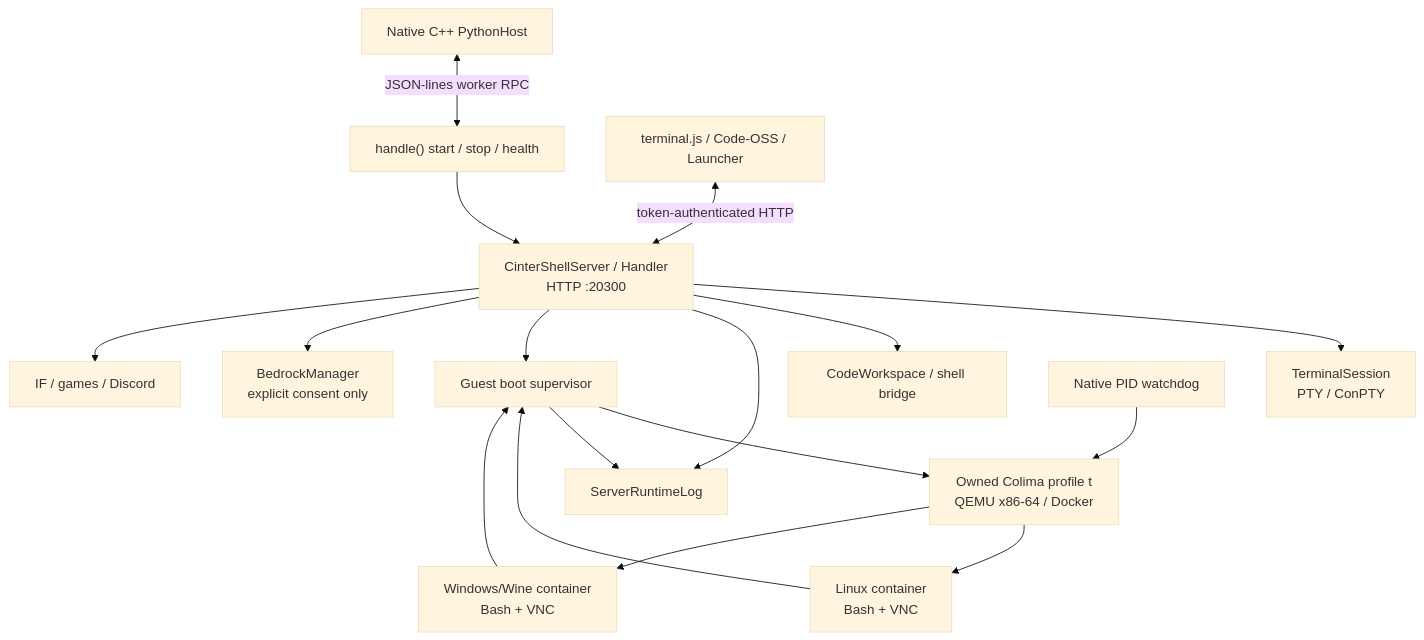
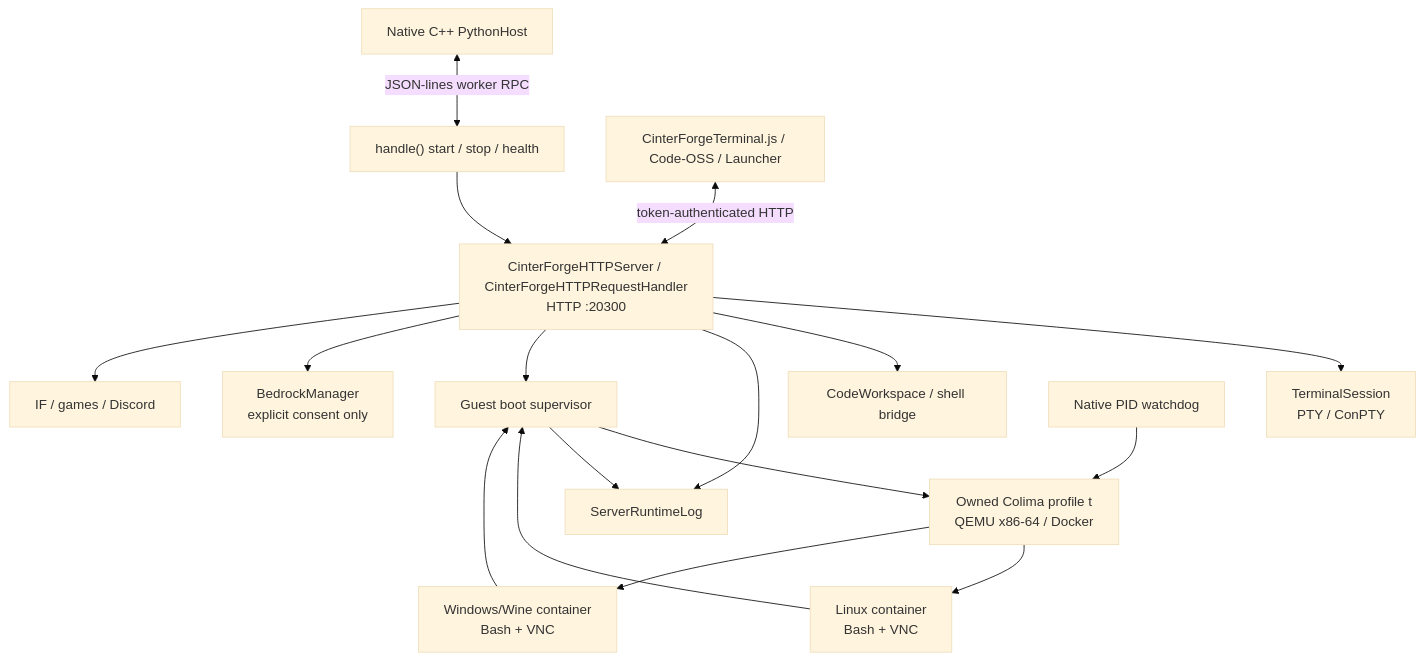
Before and after one commit to CinterForge/CinterForgeTerminal: the diagram in webapp/CinterForgeTerminalServer.md, drawn with Mermaid (base theme). The commit also changed other lines of this file and 186 other files, not shown here.

````diff
--- a/webapp/CinterForgeTerminalServer.md
+++ b/webapp/CinterForgeTerminalServer.md
@@ -33,19 +97,19 @@
 ```mermaid
 flowchart TB
     NATIVE["Native C++ PythonHost"] <-->|"JSON-lines worker RPC"| HANDLER["handle() start / stop / health"]
-    HANDLER --> HTTP["CinterShellServer / Handler\nHTTP :20300"]
-    BROWSER["terminal.js / Code-OSS / Launcher"] <-->|"token-authenticated HTTP"| HTTP
+    HANDLER --> HTTP["CinterForgeHTTPServer / CinterForgeHTTPRequestHandler\nHTTP :20300"]
+    BROWSER["CinterForgeTerminal.js / Code-OSS / Launcher"] <-->|"token-authenticated HTTP"| HTTP
     HTTP --> SESSIONS["TerminalSession\nPTY / ConPTY"]
     HTTP --> CODE["CodeWorkspace / shell bridge"]
     HTTP --> LOG["ServerRuntimeLog"]
     HTTP --> GUEST["Guest boot supervisor"]
     GUEST --> VM["Owned Colima profile t\nQEMU x86-64 / Docker"]
     VM --> LINUX["Linux container\nBash + VNC"]
     VM --> WIN["Windows/Wine container\nBash + VNC"]
     HTTP --> BEDROCK["BedrockManager\nexplicit consent only"]
     HTTP --> CONTENT["IF / games / Discord"]
     WATCHDOG["Native PID watchdog"] --> VM
     GUEST --> LOG
     LINUX --> GUEST
     WIN --> GUEST
 ```
````
